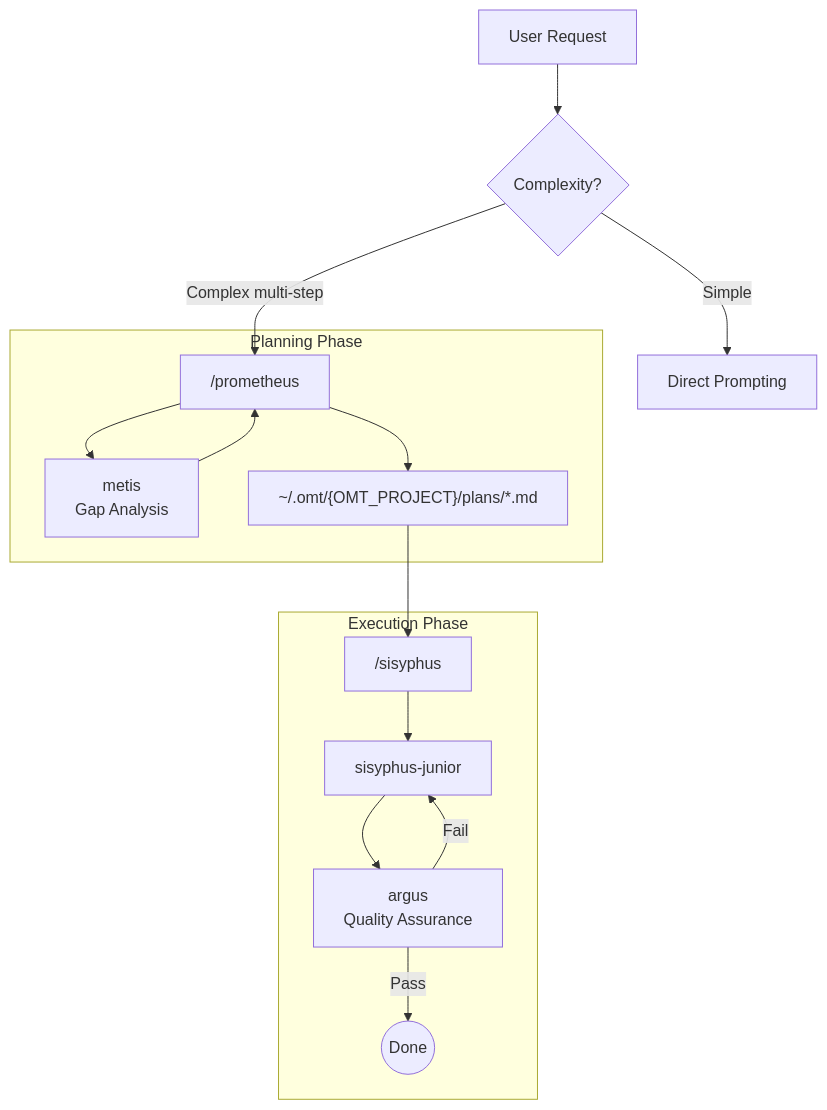
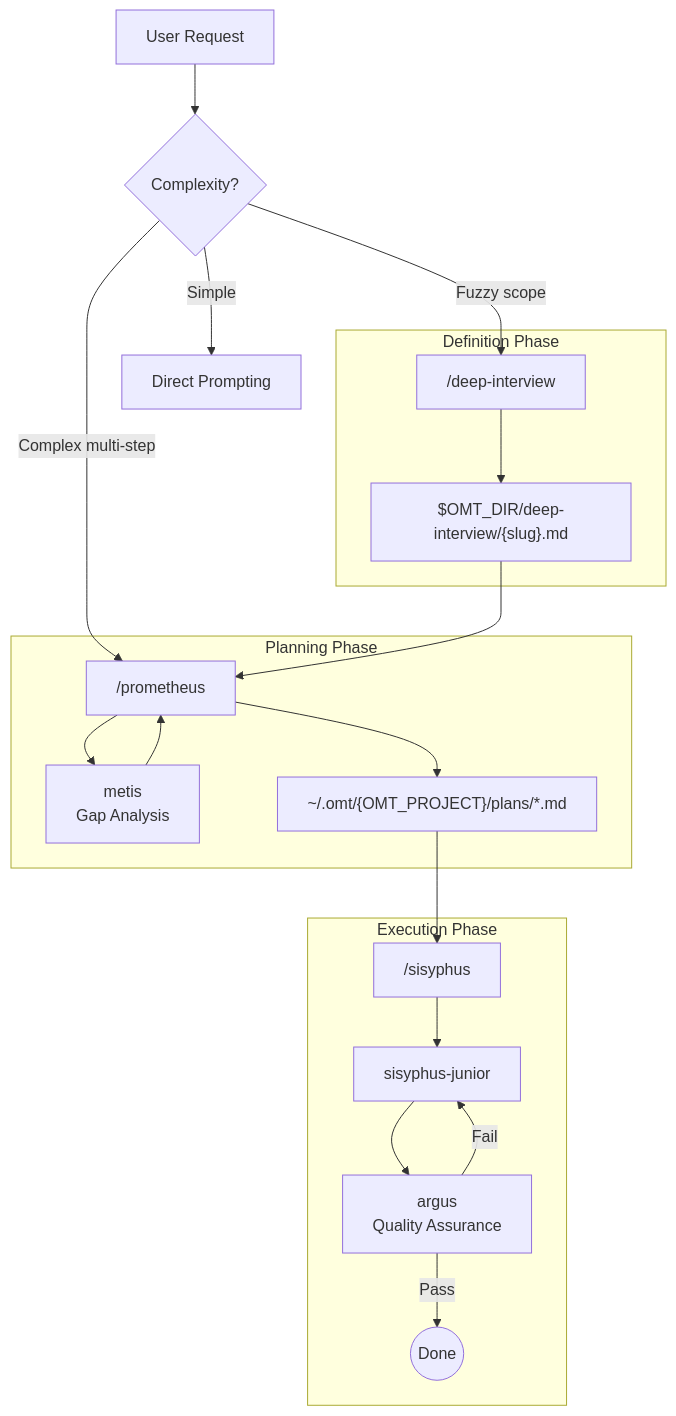
Before and after one commit to toongri/oh-my-toong-playground: the diagram in docs/ORCHESTRATION.en.md, drawn with Mermaid. The commit also changed other lines of this file and 15 other files, not shown here.

First line of the commit message:
docs: architecture 문서 제거 + README·오케스트레이션 정제

````diff
--- a/docs/ORCHESTRATION.en.md
+++ b/docs/ORCHESTRATION.en.md
@@ -46,21 +50,27 @@
 ```mermaid
 flowchart TD
     User[User Request] --> Decision{Complexity?}
 
     Decision -->|Simple| Direct[Direct Prompting]
+    Decision -->|Fuzzy scope| DeepInterview["/deep-interview"]
     Decision -->|Complex multi-step| Prometheus
 
+    subgraph Definition Phase
+        DeepInterview --> SpecFile["$OMT_DIR/deep-interview/{slug}.md"]
+    end
+
     subgraph Planning Phase
-        Prometheus["/prometheus"] --> Metis[metis<br/>Gap Analysis]
+        SpecFile --> Prometheus["/prometheus"]
+        Prometheus --> Metis[metis<br/>Gap Analysis]
         Metis --> Prometheus
         Prometheus --> PlanFile["~/.omt/{OMT_PROJECT}/plans/*.md"]
     end
 
     subgraph Execution Phase
         PlanFile --> Sisyphus["/sisyphus"]
         Sisyphus --> Junior[sisyphus-junior]
         Junior --> QA[argus<br/>Quality Assurance]
         QA -->|Pass| Done((Done))
         QA -->|Fail| Junior
     end
 ```
````
